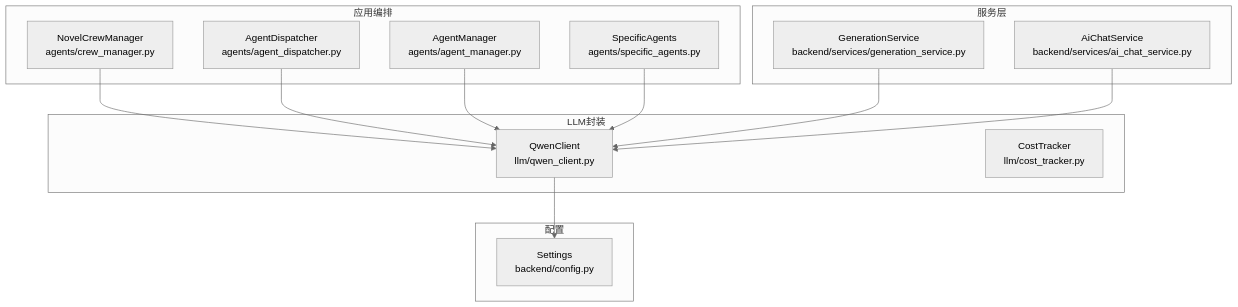
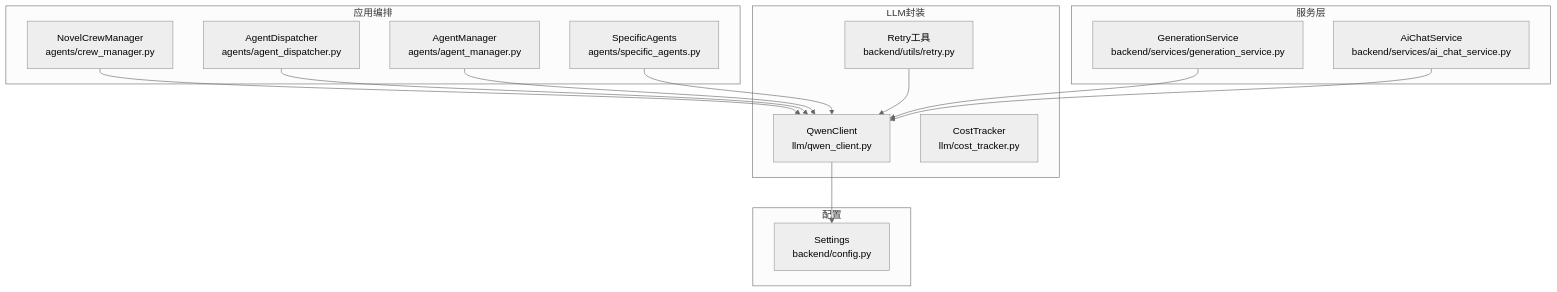
One commit to xfbyxq/ai-novel-system changed the first of 7 diagrams in .qoder/repowiki/zh/content/LLM集成架构/LLM客户端封装.md. Above: the diagram before and after it, drawn with Mermaid (neutral theme). The commit also changed other lines of this file and 11 other files, not shown here.

````diff
--- a/.qoder/repowiki/zh/content/LLM集成架构/LLM客户端封装.md
+++ b/.qoder/repowiki/zh/content/LLM集成架构/LLM客户端封装.md
@@ -56,27 +57,29 @@
 ```mermaid
 graph TB
 subgraph "LLM封装"
 QC["QwenClient<br/>llm/qwen_client.py"]
 CT["CostTracker<br/>llm/cost_tracker.py"]
+RT["Retry工具<br/>backend/utils/retry.py"]
 end
 subgraph "应用编排"
 CM["NovelCrewManager<br/>agents/crew_manager.py"]
 AD["AgentDispatcher<br/>agents/agent_dispatcher.py"]
 AM["AgentManager<br/>agents/agent_manager.py"]
 SA["SpecificAgents<br/>agents/specific_agents.py"]
 end
 subgraph "服务层"
 GS["GenerationService<br/>backend/services/generation_service.py"]
 ACS["AiChatService<br/>backend/services/ai_chat_service.py"]
 end
 subgraph "配置"
 CFG["Settings<br/>backend/config.py"]
 end
 CM --> QC
 AD --> QC
 AM --> QC
 SA --> QC
 GS --> QC
 ACS --> QC
 QC --> CFG
+RT --> QC
 ```
````
